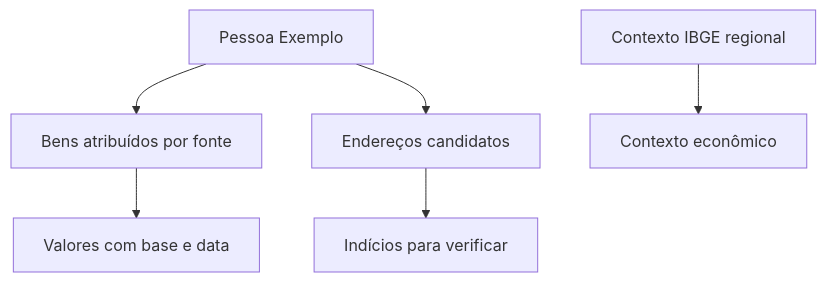
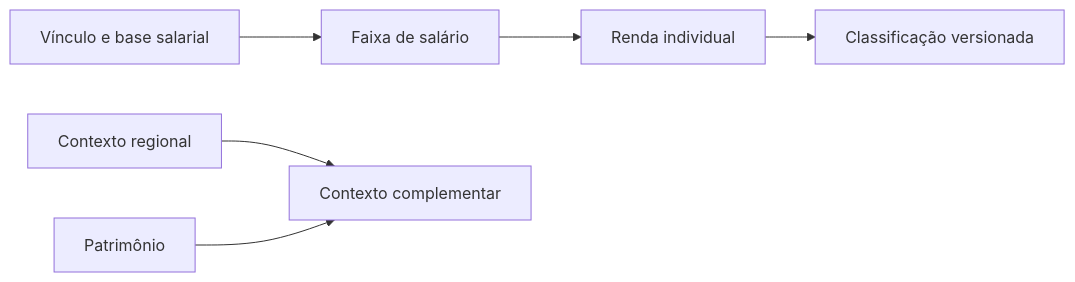
Before and after one commit to Sherlocker-LTDA/sherlocker-docs: the diagram in inteligencia/perfil.mdx, drawn with Mermaid. The commit also changed other lines of this file and 9 other files, not shown here.

````diff
--- a/inteligencia/perfil.mdx
+++ b/inteligencia/perfil.mdx
@@ -221,8 +173,8 @@
 ```mermaid
-flowchart TD
-  P[Pessoa Exemplo] --> B[Bens atribuídos por fonte]
-  P --> C[Endereços candidatos]
-  B --> V[Valores com base e data]
-  C --> I[Indícios para verificar]
-  R[Contexto IBGE regional] --> K[Contexto econômico]
+flowchart LR
+  V[Vínculo e base salarial] --> S[Faixa de salário]
+  S --> R[Renda individual]
+  R --> C[Classificação versionada]
+  I[Contexto regional] --> L[Contexto complementar]
+  P[Patrimônio] --> L
 ```
````
